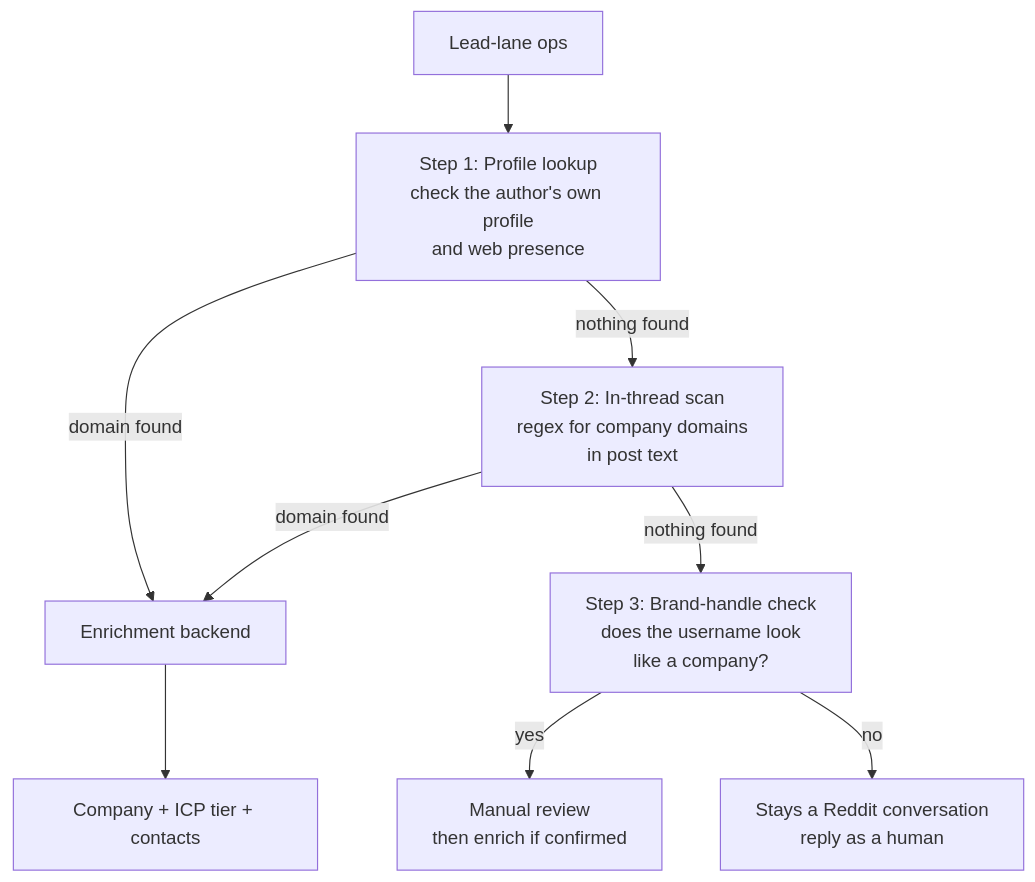
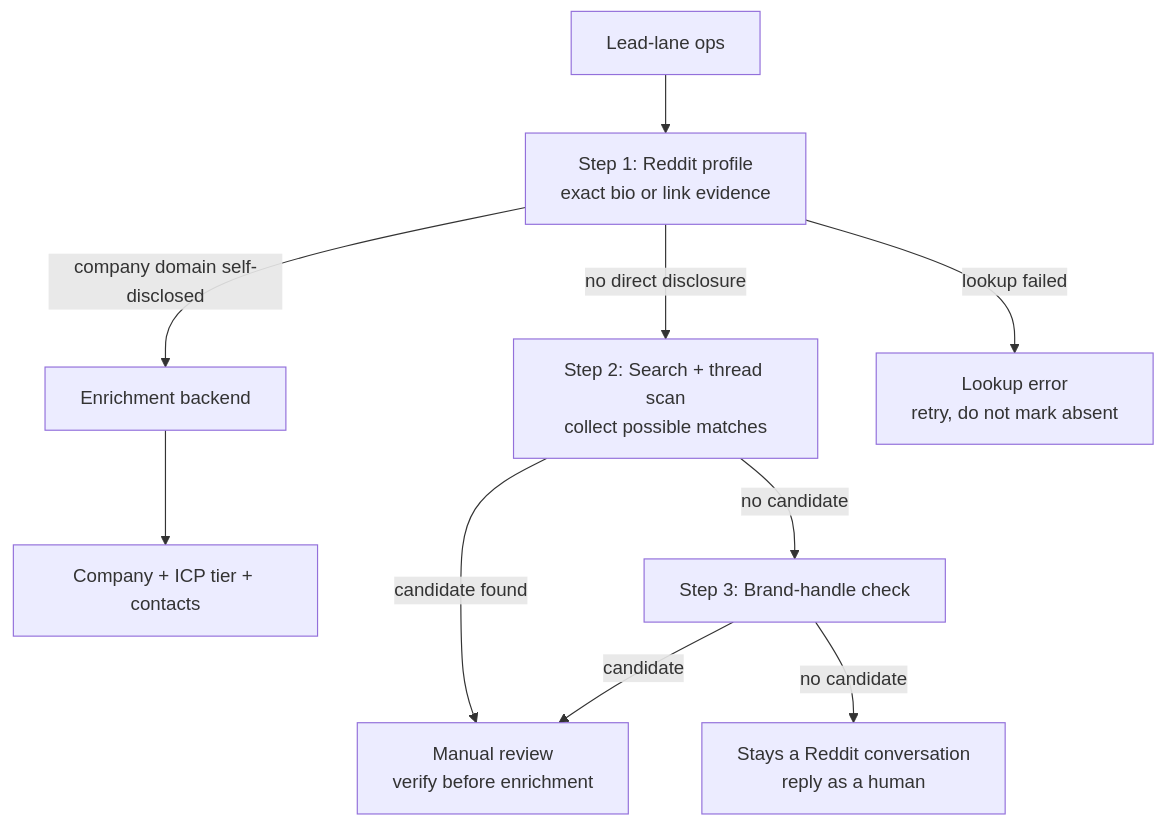
One commit to shawnla90/ClearboxGTM changed the diagram in playbooks/orchestrate-enrichment.md. Above: the diagram before and after it, drawn with Mermaid. The commit also changed other lines of this file and 13 other files, not shown here.

Commit message:
fix: require direct Reddit profile evidence for enrichment

````diff
--- a/playbooks/orchestrate-enrichment.md
+++ b/playbooks/orchestrate-enrichment.md
@@ -9,11 +9,12 @@
 ```mermaid
 graph TD
-  A[Lead-lane ops] --> B[Step 1: Profile lookup<br/>check the author's own profile<br/>and web presence]
-  B -->|domain found| F[Enrichment backend]
-  B -->|nothing found| C[Step 2: In-thread scan<br/>regex for company domains<br/>in post text]
-  C -->|domain found| F
-  C -->|nothing found| D[Step 3: Brand-handle check<br/>does the username look<br/>like a company?]
-  D -->|yes| G[Manual review<br/>then enrich if confirmed]
-  D -->|no| E[Stays a Reddit conversation<br/>reply as a human]
+  A[Lead-lane ops] --> B[Step 1: Reddit profile<br/>exact bio or link evidence]
+  B -->|company domain self-disclosed| F[Enrichment backend]
+  B -->|no direct disclosure| C[Step 2: Search + thread scan<br/>collect possible matches]
+  C -->|candidate found| G[Manual review<br/>verify before enrichment]
+  C -->|no candidate| D[Step 3: Brand-handle check]
+  D -->|candidate| G
+  D -->|no candidate| E[Stays a Reddit conversation<br/>reply as a human]
+  B -->|lookup failed| I[Lookup error<br/>retry, do not mark absent]
   F --> H[Company + ICP tier + contacts]
 ```
````
